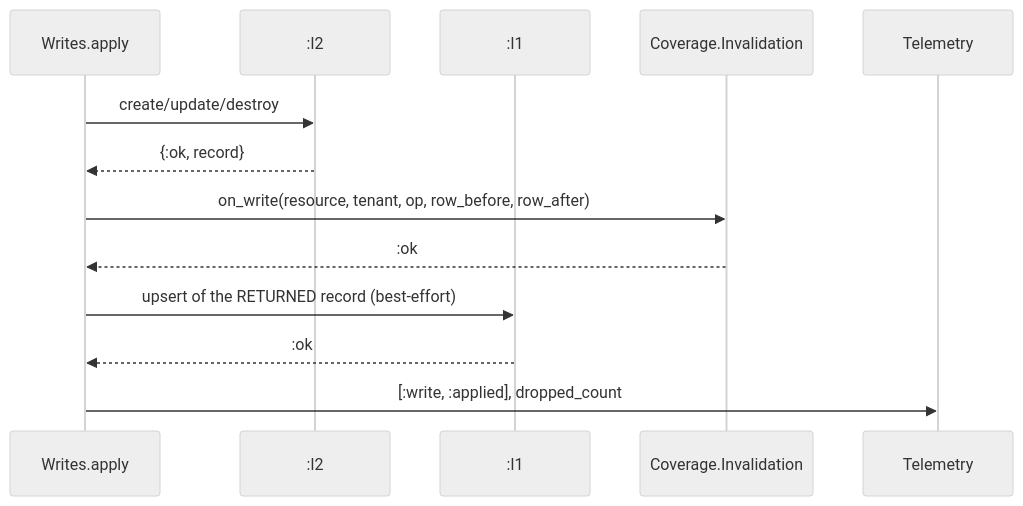
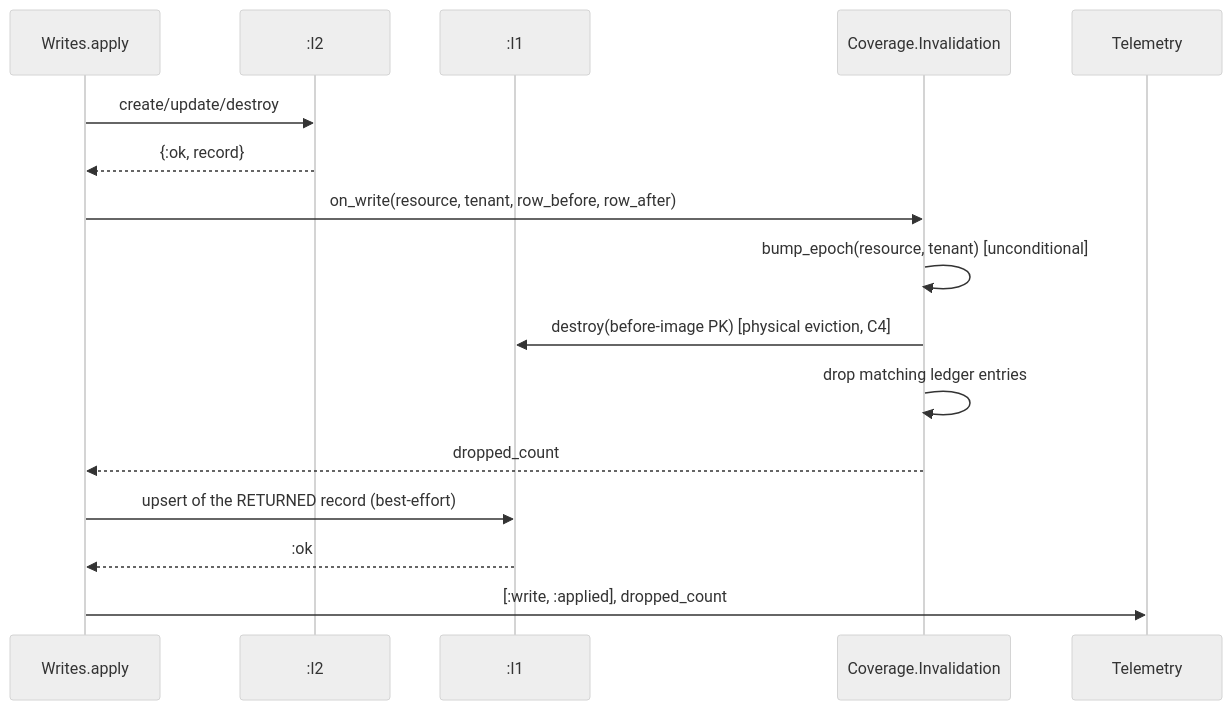
The sixth of 6 diagrams in docs/technical/ash-multi-datalayer.md (barnabasJ/ash_multi_datalayer), drawn with Mermaid (neutral theme) before and after one commit. The commit also changed other lines of this file and 2 other files, not shown here.

````diff
--- a/docs/technical/ash-multi-datalayer.md
+++ b/docs/technical/ash-multi-datalayer.md
@@ -501,16 +647,19 @@
 ```mermaid
 sequenceDiagram
   participant MDL as Writes.apply
   participant L2 as :l2
   participant L1 as :l1
   participant Inv as Coverage.Invalidation
   participant Tel as Telemetry
 
   MDL->>L2: create/update/destroy
   L2-->>MDL: {:ok, record}
-  MDL->>Inv: on_write(resource, tenant, op, row_before, row_after)
-  Inv-->>MDL: :ok
+  MDL->>Inv: on_write(resource, tenant, row_before, row_after)
+  Inv->>Inv: bump_epoch(resource, tenant) [unconditional]
+  Inv->>L1: destroy(before-image PK) [physical eviction, C4]
+  Inv->>Inv: drop matching ledger entries
+  Inv-->>MDL: dropped_count
   MDL->>L1: upsert of the RETURNED record (best-effort)
   L1-->>MDL: :ok
   MDL->>Tel: [:write, :applied], dropped_count
 ```
````
